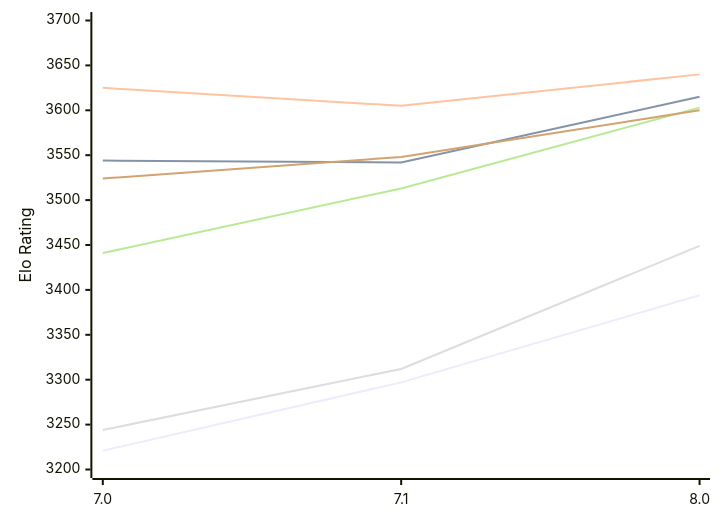
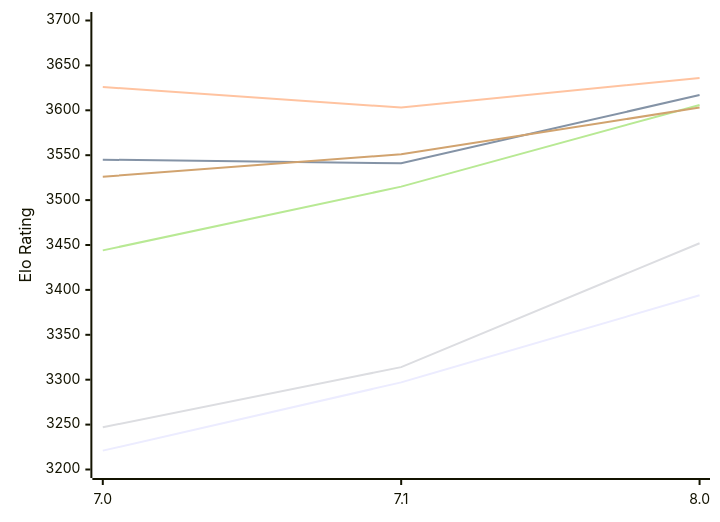
Before and after one commit to computer-chess-index/cci: the first of 2 diagrams in engines/PZChessBot.md, drawn with Mermaid. The commit also changed other lines of this file, not shown here.

Commit message:
Update CCI Ratings (ELO VLTC) - 2026-11-24

````diff
--- a/engines/PZChessBot.md
+++ b/engines/PZChessBot.md
@@ -55,12 +55,12 @@
 ```mermaid
 %%{init: {"theme":"base","themeVariables":{"seriesColors:['#a3a3a3','#222221','#faa371']}}}%%
 xychart-beta
   x-axis ["7.0", "7.1", "8.0"]
   y-axis "Elo Rating" 3200 --> 3700
   line "E1: STC (8.0+0.08s)" [3221, 3297, 3394]
-  line "E1: LTC (60.0+0.60s)" [3544, 3542, 3615]
-  line "E1: VLTC (2m24s+1.12s)" [3625, 3605, 3640]
-  line "P1: STC (8.0+0.08s)" [3244, 3312, 3449]
-  line "P1: LTC (60.0+0.60s)" [3441, 3513, 3603]
-  line "P1: VLTC (2m24s+1.12s)" [3524, 3548, 3600]
+  line "E1: LTC (60.0+0.60s)" [3545, 3541, 3617]
+  line "E1: VLTC (2m24s+1.12s)" [3626, 3603, 3636]
+  line "P1: STC (8.0+0.08s)" [3247, 3314, 3452]
+  line "P1: LTC (60.0+0.60s)" [3444, 3515, 3606]
+  line "P1: VLTC (2m24s+1.12s)" [3526, 3551, 3603]
 ```
````
